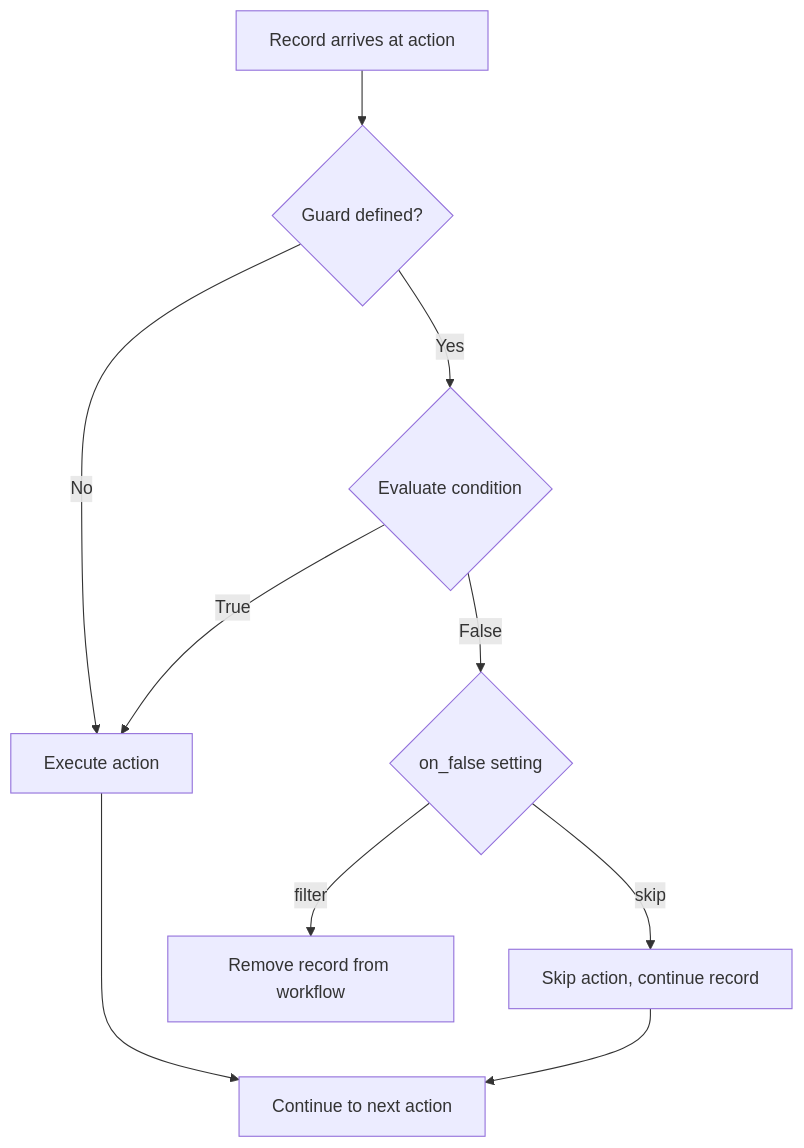
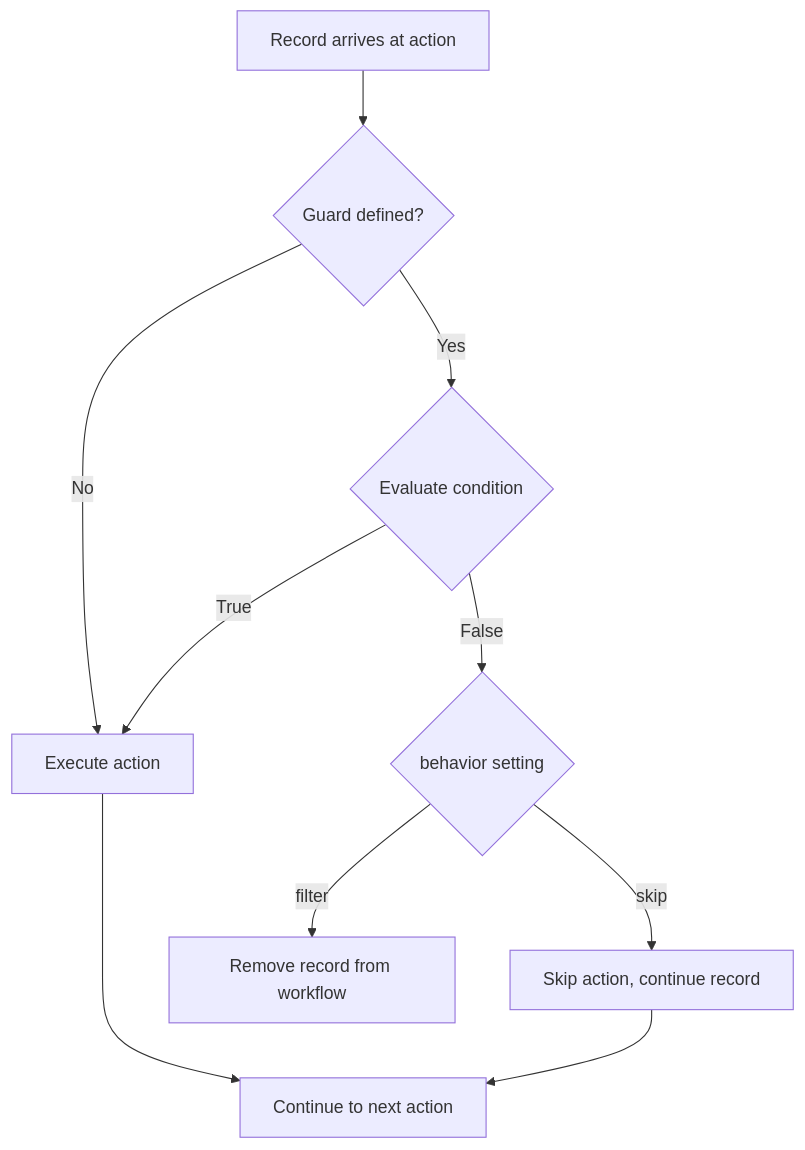
One commit to Muizzkolapo/agent-actions changed the diagram in docs.agent-actions/docs/reference/execution/guards.md. Above: the diagram before and after it, drawn with Mermaid. The commit also changed other lines of this file and 8 other files, not shown here.

````diff
--- a/docs.agent-actions/docs/reference/execution/guards.md
+++ b/docs.agent-actions/docs/reference/execution/guards.md
@@ -237,12 +237,12 @@
 ```mermaid
 flowchart TD
     A[Record arrives at action] --> B{Guard defined?}
     B -->|No| C[Execute action]
     B -->|Yes| D{Evaluate condition}
     D -->|True| C
-    D -->|False| E{on_false setting}
+    D -->|False| E{behavior setting}
     E -->|skip| F[Skip action, continue record]
     E -->|filter| G[Remove record from workflow]
     C --> H[Continue to next action]
     F --> H
 ```
````
